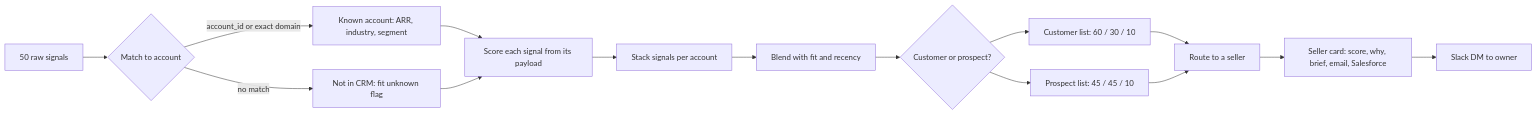
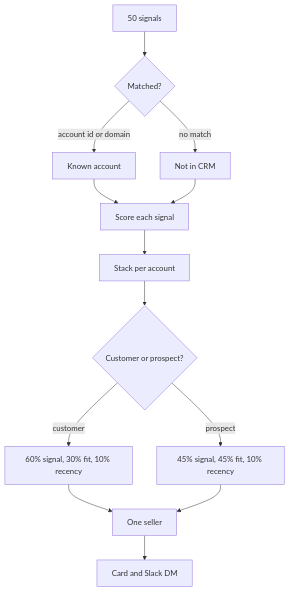
The first of 3 diagrams in DIAGRAMS.md (alexyyang15-pu/fireworks-signal-router), drawn with Mermaid before and after one commit. The commit also changed other lines of this file and 5 other files, not shown here.

First line of the commit message:
Route every unmatched signal through the mid-market pool.

````diff
--- a/DIAGRAMS.md
+++ b/DIAGRAMS.md
@@ -7,17 +7,15 @@
 ```mermaid
-flowchart LR
-    raw["50 raw signals"] --> match{"Match to account"}
-    match -->|"account_id or exact domain"| crm["Known account: ARR, industry, segment"]
-    match -->|"no match"| unk["Not in CRM: fit unknown flag"]
-    crm --> score["Score each signal from its payload"]
-    unk --> score
-    score --> stack["Stack signals per account"]
-    stack --> blend["Blend with fit and recency"]
-    blend --> lists{"Customer or prospect?"}
-    lists --> cust["Customer list: 60 / 30 / 10"]
-    lists --> pros["Prospect list: 45 / 45 / 10"]
-    cust --> route["Route to a seller"]
+flowchart TB
+    raw["50 signals"] --> match{"Matched?"}
+    match -->|"account id or domain"| known["Known account"]
+    match -->|"no match"| unknown["Not in CRM"]
+    known --> score["Score each signal"]
+    unknown --> score
+    score --> stack["Stack per account"]
+    stack --> blend{"Customer or prospect?"}
+    blend -->|customer| cust["60% signal, 30% fit, 10% recency"]
+    blend -->|prospect| pros["45% signal, 45% fit, 10% recency"]
+    cust --> route["One seller"]
     pros --> route
-    route --> card["Seller card: score, why, brief, email, Salesforce"]
-    card --> slack["Slack DM to owner"]
+    route --> card["Card and Slack DM"]
 ```
````
